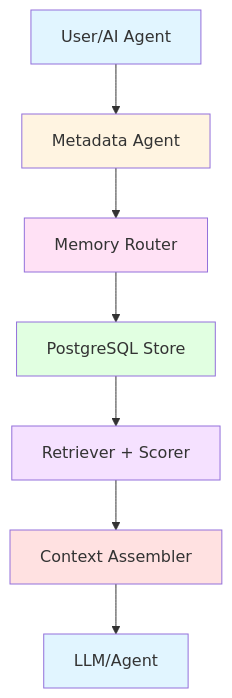
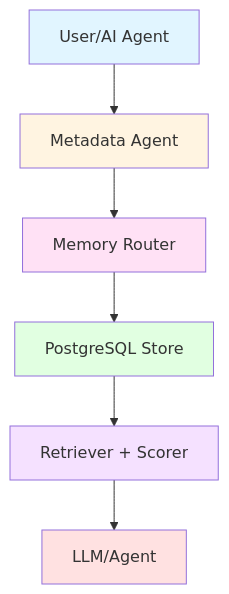
One commit to cyberbeamhq/memoric changed the diagram in README.md. Above: the diagram before and after it, drawn with Mermaid. The commit also changed other lines of this file and 26 other files, not shown here.

````diff
--- a/README.md
+++ b/README.md
@@ -230,17 +243,15 @@
 ```mermaid
 graph TD
     A[User/AI Agent] --> B[Metadata Agent]
     B --> C[Memory Router]
     C --> D[PostgreSQL Store]
     D --> E[Retriever + Scorer]
-    E --> F[Context Assembler]
-    F --> G[LLM/Agent]
+    E --> F[LLM/Agent]
 
     style A fill:#e1f5ff
     style B fill:#fff4e1
     style C fill:#ffe1f5
     style D fill:#e1ffe1
     style E fill:#f5e1ff
     style F fill:#ffe1e1
-    style G fill:#e1f5ff
 ```
````
